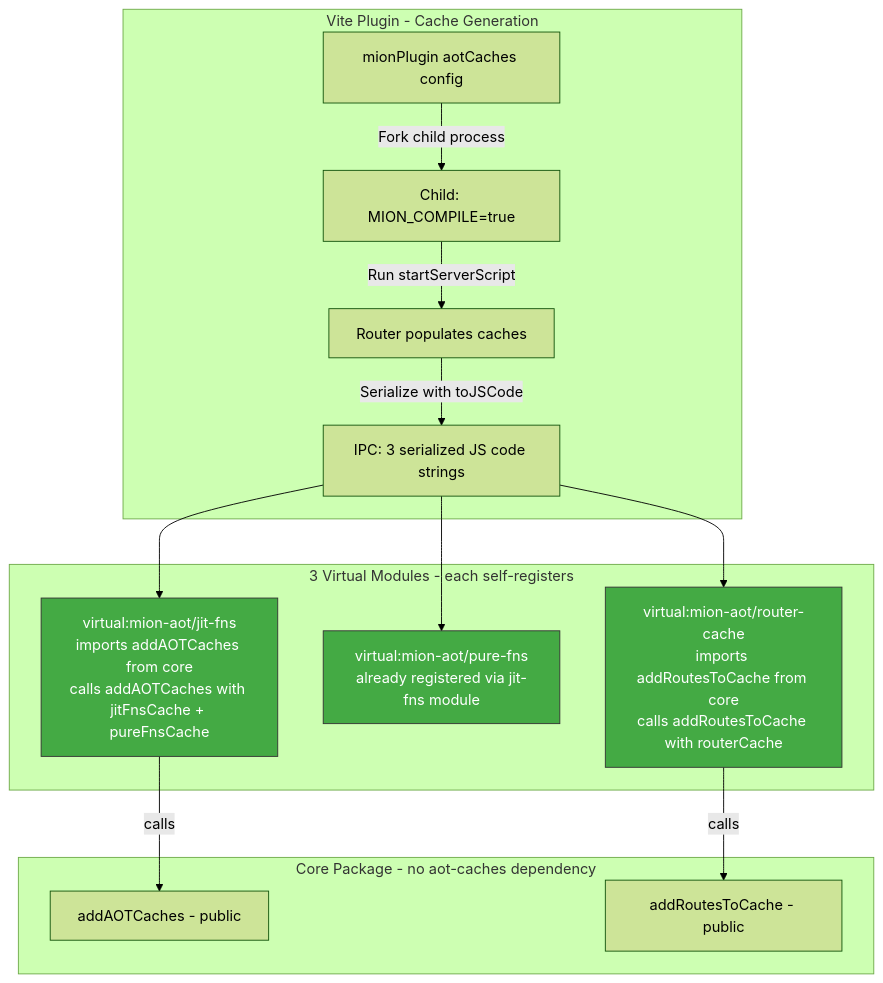
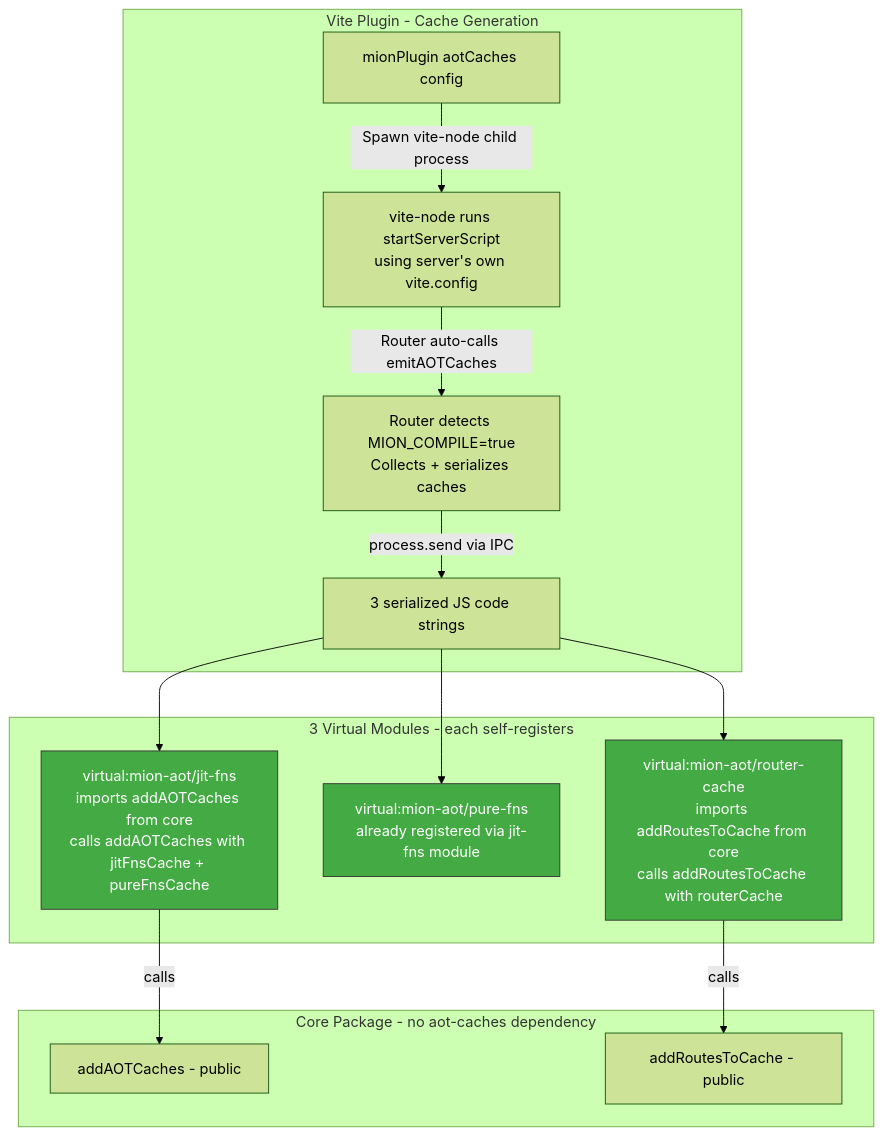
One commit to MionKit/mion changed the second of 3 diagrams in plans/aot-virtual-modules-plan.md. Above: the diagram before and after it, drawn with Mermaid (forest theme). The commit also changed other lines of this file and 3 other files, not shown here.

Commit message:
fix couple of error in run-types test and update plan for aot virtual modules

````diff
--- a/plans/aot-virtual-modules-plan.md
+++ b/plans/aot-virtual-modules-plan.md
@@ -47,25 +49,25 @@
 ```mermaid
 graph TD
     subgraph "Vite Plugin - Cache Generation"
-        A[mionPlugin aotCaches config] -->|"Fork child process"| B[Child: MION_COMPILE=true]
-        B -->|"Run startServerScript"| C[Router populates caches]
-        C -->|"Serialize with toJSCode"| D[IPC: 3 serialized JS code strings]
+        A[mionPlugin aotCaches config] -->|"Spawn vite-node child process"| B["vite-node runs startServerScript<br/>using server's own vite.config"]
+        B -->|"Router auto-calls emitAOTCaches"| C["Router detects MION_COMPILE=true<br/>Collects + serializes caches"]
+        C -->|"process.send via IPC"| D[3 serialized JS code strings]
     end
 
     subgraph "3 Virtual Modules - each self-registers"
         D --> VM1["virtual:mion-aot/jit-fns<br/>imports addAOTCaches from core<br/>calls addAOTCaches with jitFnsCache + pureFnsCache"]
         D --> VM2["virtual:mion-aot/pure-fns<br/>already registered via jit-fns module"]
         D --> VM3["virtual:mion-aot/router-cache<br/>imports addRoutesToCache from core<br/>calls addRoutesToCache with routerCache"]
     end
 
     subgraph "Core Package - no aot-caches dependency"
         REG1["addAOTCaches - public"]
         REG2["addRoutesToCache - public"]
         VM1 -->|"calls"| REG1
         VM3 -->|"calls"| REG2
     end
 
     style VM1 fill:#4a4,stroke:#333,color:#fff
     style VM2 fill:#4a4,stroke:#333,color:#fff
     style VM3 fill:#4a4,stroke:#333,color:#fff
 ```
````
